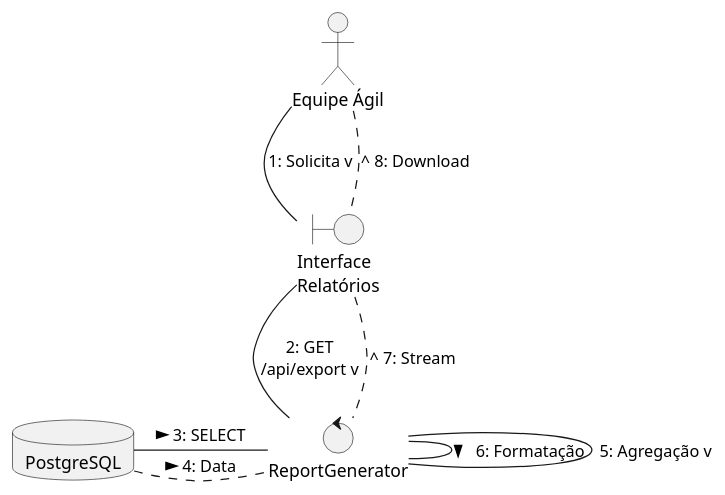
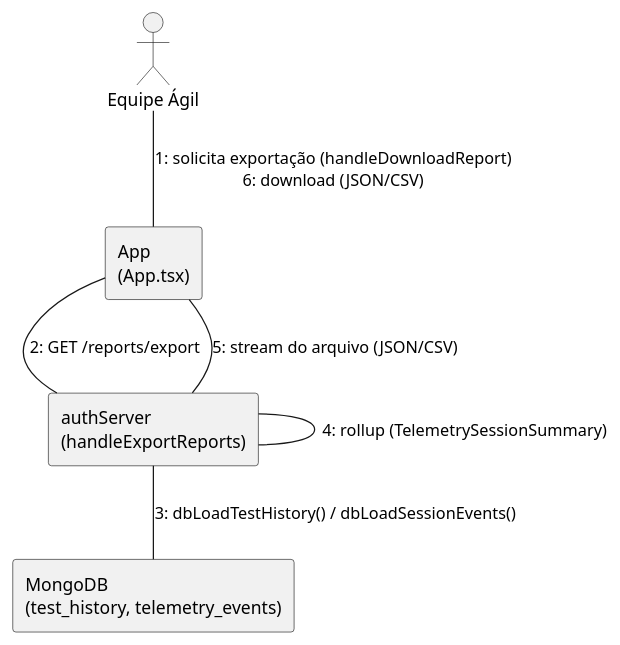
The diagram in Artefatos/DiagramaDeComunicacaoGeracaoDeRelatorios.puml (ICEI-PUC-Minas-PPLES-TI/plf-es-2025-2-tcci-0393100-dev-rafael-parreira), drawn with PlantUML before and after one commit. The commit also changed 16 other files, not shown here.

First line of the commit message:
feat: implementa Strategy/Factory de provedores e revisa diagramas para refletir o sistema real

```diff
--- a/Artefatos/DiagramaDeComunicacaoGeracaoDeRelatorios.puml
+++ b/Artefatos/DiagramaDeComunicacaoGeracaoDeRelatorios.puml
@@ -1,22 +1,16 @@
 @startuml
 skinparam shadowing false
-skinparam MaxMessageSize 100
+skinparam nodesep 45
+skinparam ranksep 55
 
 actor "Equipe Ágil" as Equipe
-boundary "Interface\nRelatórios" as Web
-control "ReportGenerator" as Generator
-database "PostgreSQL" as DB
+rectangle "App\n(App.tsx)" as App
+rectangle "authServer\n(handleExportReports)" as Core
+rectangle "MongoDB\n(test_history, telemetry_events)" as DB
 
-' Distribuição em T
-Equipe -down- Web : "1: Solicita v"
-Web -down- Generator : "2: GET /api/export v"
-
-Generator -left- DB : "3: SELECT <"
-DB .right. Generator : "> 4: Data"
-
-Generator -down- Generator : "5: Agregação v"
-Generator -right- Generator : "6: Formatação >"
-
-Generator .up. Web : "^ 7: Stream"
-Web .up. Equipe : "^ 8: Download"
+Equipe -- App : 1: solicita exportação (handleDownloadReport)\n6: download (JSON/CSV)
+App -- Core : 2: GET /reports/export
+Core -- DB : 3: dbLoadTestHistory() / dbLoadSessionEvents()
+Core -- Core : 4: rollup (TelemetrySessionSummary)
+Core -- App : 5: stream do arquivo (JSON/CSV)
 @enduml
```
